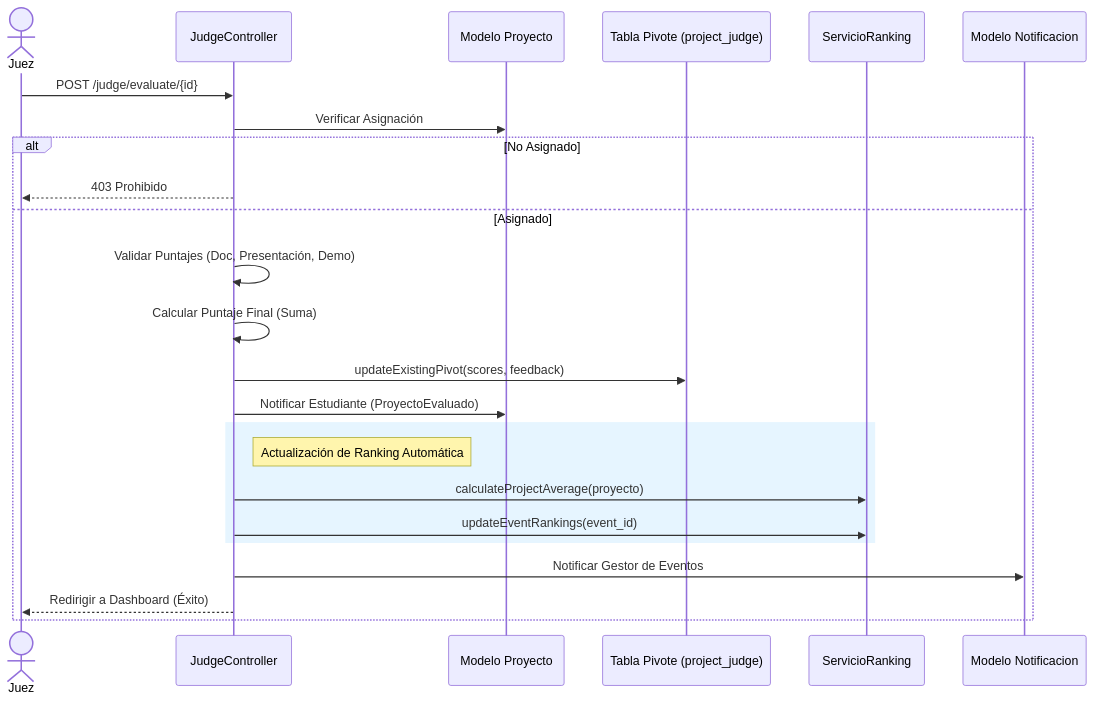
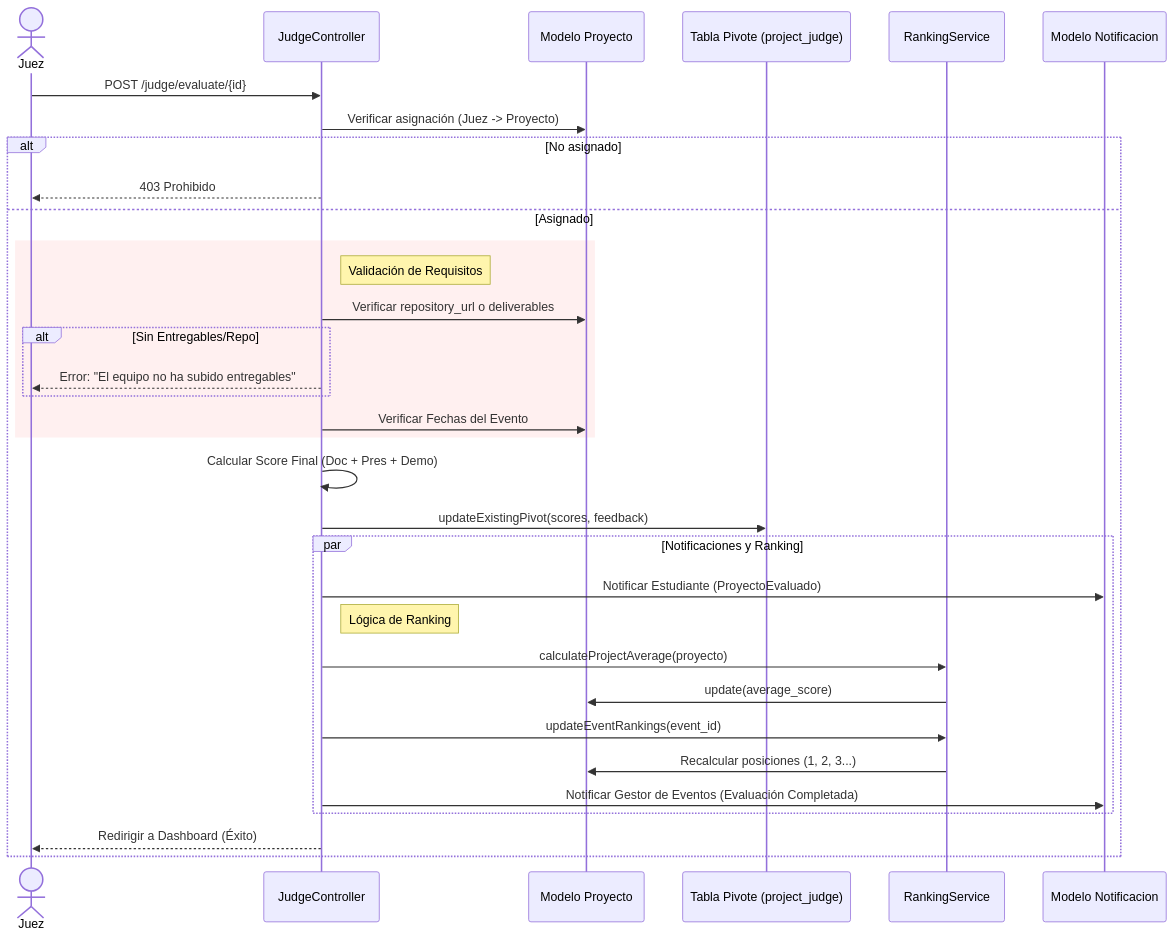
Before and after one commit to HFernandoCR/WebAtoon: the fourth of 6 diagrams in README.md, drawn with Mermaid. The commit also changed other lines of this file, not shown here.

First line of the commit message:
Actualización_README_Secuencia3_Admin

````diff
--- a/README.md
+++ b/README.md
@@ -182,33 +187,44 @@
 ```mermaid
 sequenceDiagram
     actor Juez
-    participant JudgeController
-    participant Modelo Proyecto
-    participant Tabla Pivote (project_judge)
-    participant ServicioRanking
-    participant Modelo Notificacion
+    participant JudgeCtrl as JudgeController
+    participant Proyecto as Modelo Proyecto
+    participant Pivote as Tabla Pivote (project_judge)
+    participant Ranking as RankingService
+    participant Notificacion as Modelo Notificacion
 
-    Juez->>JudgeController: POST /judge/evaluate/{id}
-    JudgeController->>Modelo Proyecto: Verificar Asignación
+    Juez->>JudgeCtrl: POST /judge/evaluate/{id}
+    JudgeCtrl->>Proyecto: Verificar asignación (Juez -> Proyecto)
     
-    alt No Asignado
-        JudgeController-->>Juez: 403 Prohibido
+    alt No asignado
+        JudgeCtrl-->>Juez: 403 Prohibido
     else Asignado
-        JudgeController->>JudgeController: Validar Puntajes (Doc, Presentación, Demo)
-        JudgeController->>JudgeController: Calcular Puntaje Final (Suma)
+        rect rgb(255, 240, 240)
+            note right of JudgeCtrl: Validación de Requisitos
+            JudgeCtrl->>Proyecto: Verificar repository_url o deliverables
+            alt Sin Entregables/Repo
+                JudgeCtrl-->>Juez: Error: "El equipo no ha subido entregables"
+            end
+            JudgeCtrl->>Proyecto: Verificar Fechas del Evento
+        end
+
+        JudgeCtrl->>JudgeCtrl: Calcular Score Final (Doc + Pres + Demo)
         
-        JudgeController->>Tabla Pivote (project_judge): updateExistingPivot(scores, feedback)
+        JudgeCtrl->>Pivote: updateExistingPivot(scores, feedback)
         
-        JudgeController->>Modelo Proyecto: Notificar Estudiante (ProyectoEvaluado)
-        
-        rect rgb(230, 245, 255)
-            note right of JudgeController: Actualización de Ranking Automática
-            JudgeController->>ServicioRanking: calculateProjectAverage(proyecto)
-            JudgeController->>ServicioRanking: updateEventRankings(event_id)
+        par Notificaciones y Ranking
+            JudgeCtrl->>Notificacion: Notificar Estudiante (ProyectoEvaluado)
+            
+            note right of JudgeCtrl: Lógica de Ranking
+            JudgeCtrl->>Ranking: calculateProjectAverage(proyecto)
+            Ranking->>Proyecto: update(average_score)
+            
+            JudgeCtrl->>Ranking: updateEventRankings(event_id)
+            Ranking->>Proyecto: Recalcular posiciones (1, 2, 3...)
+            
+            JudgeCtrl->>Notificacion: Notificar Gestor de Eventos (Evaluación Completada)
         end
         
-        JudgeController->>Modelo Notificacion: Notificar Gestor de Eventos
-        
-        JudgeController-->>Juez: Redirigir a Dashboard (Éxito)
+        JudgeCtrl-->>Juez: Redirigir a Dashboard (Éxito)
     end
 ```
````
